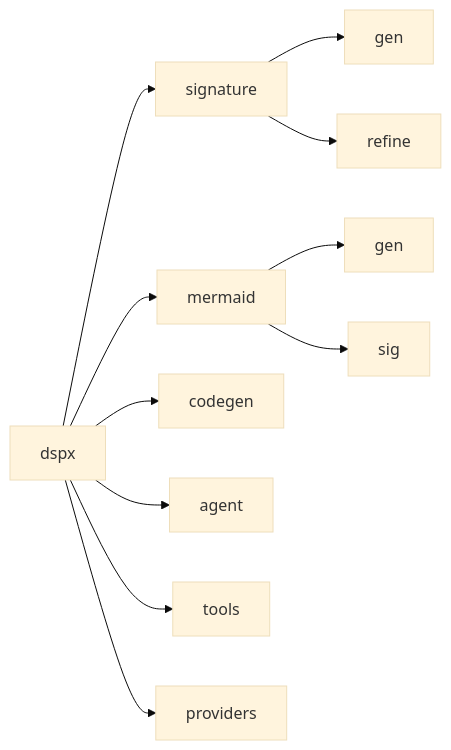
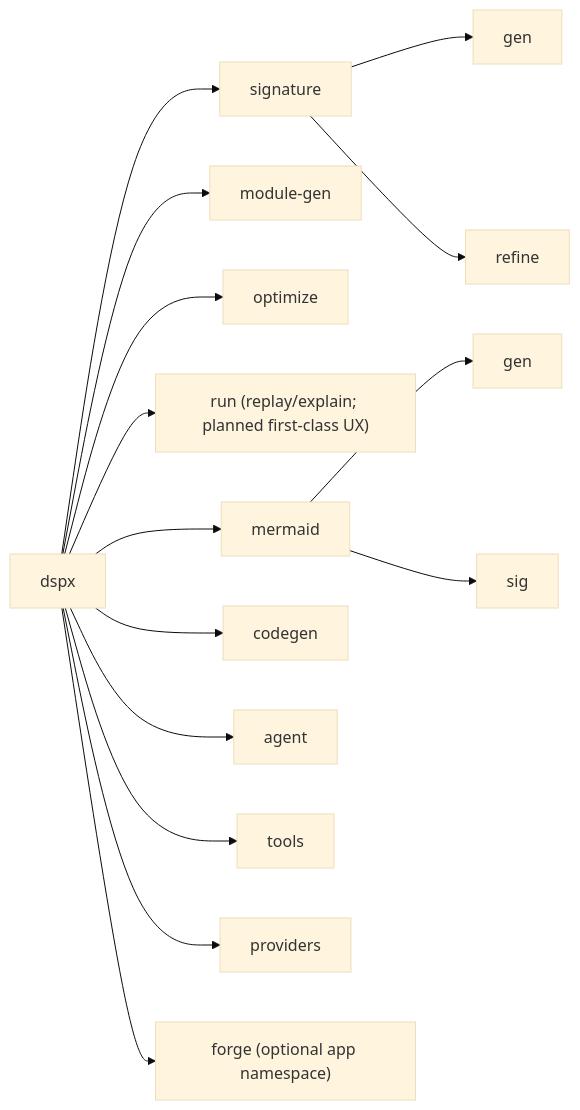
The second of 6 diagrams in docs/ARCHITECTURE.md (tryingET/dspx), drawn with Mermaid (base theme) before and after one commit. The commit also changed other lines of this file and 3 other files, not shown here.

First line of the commit message:
📝 docs(architecture): clarify replay and explain model

````diff
--- a/docs/ARCHITECTURE.md
+++ b/docs/ARCHITECTURE.md
@@ -101,13 +110,17 @@
 ```mermaid
 graph LR
   DSPX["dspx"] --> Sig["signature"]
   Sig --> SigGen["gen"]
   Sig --> SigRef["refine"]
+  DSPX --> Mod["module-gen"]
+  DSPX --> Opt["optimize"]
+  DSPX --> Run["run (replay/explain; planned first-class UX)"]
   DSPX --> Mermaid["mermaid"]
   Mermaid --> MGen["gen"]
   Mermaid --> MSig["sig"]
   DSPX --> Code["codegen"]
   DSPX --> Agent["agent"]
   DSPX --> Tools["tools"]
   DSPX --> Prov["providers"]
+  DSPX --> Forge["forge (optional app namespace)"]
 ```
````
